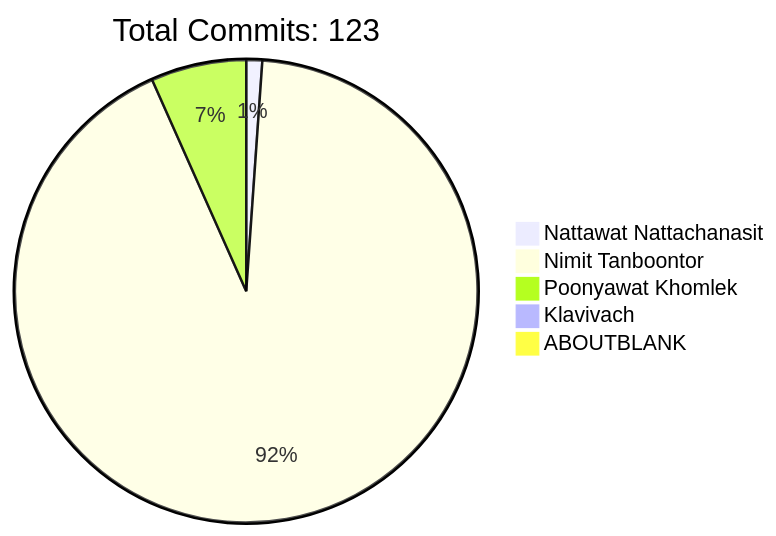
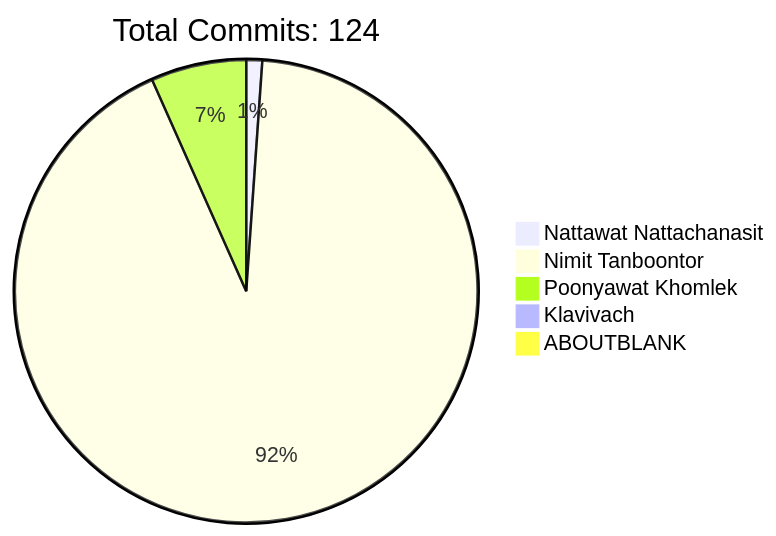
The diagram in README.md (HLLC-MFU/HLLC-2025), drawn with Mermaid before and after one commit. The commit also changed other lines of this file, not shown here.

````diff
--- a/README.md
+++ b/README.md
@@ -170,9 +170,9 @@
 ```mermaid
 pie
-    title Total Commits: 123
+    title Total Commits: 124
     "Nattawat Nattachanasit" : 1
     "Nimit Tanboontor" : 83
     "Poonyawat Khomlek" : 6
     "Klavivach" : 0
     "ABOUTBLANK" : 0
 ```
````
